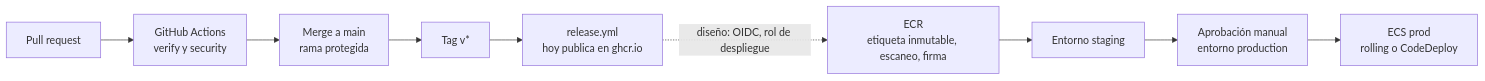
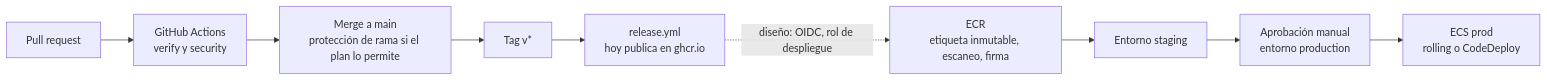
Before and after one commit to alhucave/ticketflow: the third of 3 diagrams in docs/aws.md, drawn with Mermaid. The commit also changed other lines of this file and 4 other files, not shown here.

````diff
--- a/docs/aws.md
+++ b/docs/aws.md
@@ -720,11 +720,11 @@
 ```mermaid
 flowchart LR
     pr["Pull request"] --> ci["GitHub Actions<br/>verify y security"]
-    ci --> main["Merge a main<br/>rama protegida"]
+    ci --> main["Merge a main<br/>protección de rama si el plan lo permite"]
     main --> tag["Tag v*"]
     tag --> rel["release.yml<br/>hoy publica en ghcr.io"]
     rel -.->|"diseño: OIDC, rol de despliegue"| ecr["ECR<br/>etiqueta inmutable, escaneo, firma"]
     ecr --> stg["Entorno staging"]
     stg --> appr["Aprobación manual<br/>entorno production"]
     appr --> prod["ECS prod<br/>rolling o CodeDeploy"]
 ```
````
